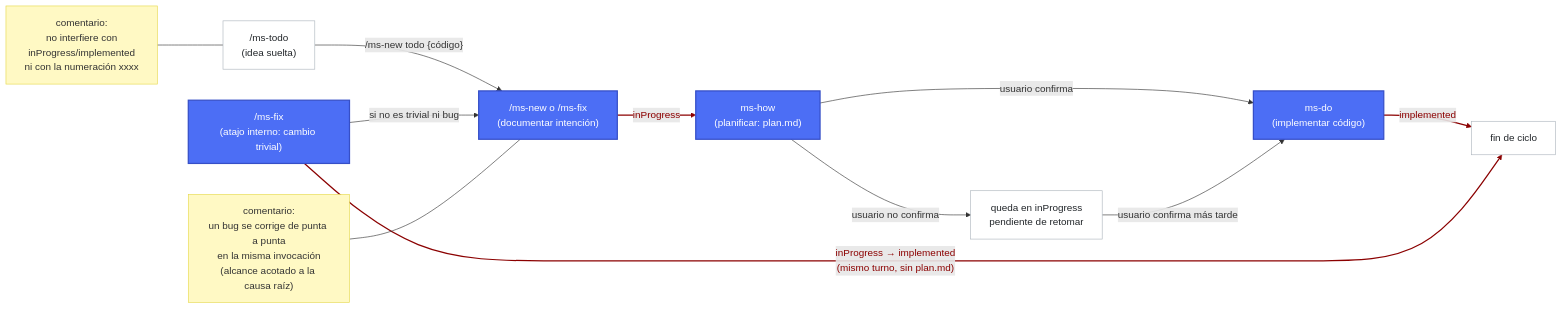
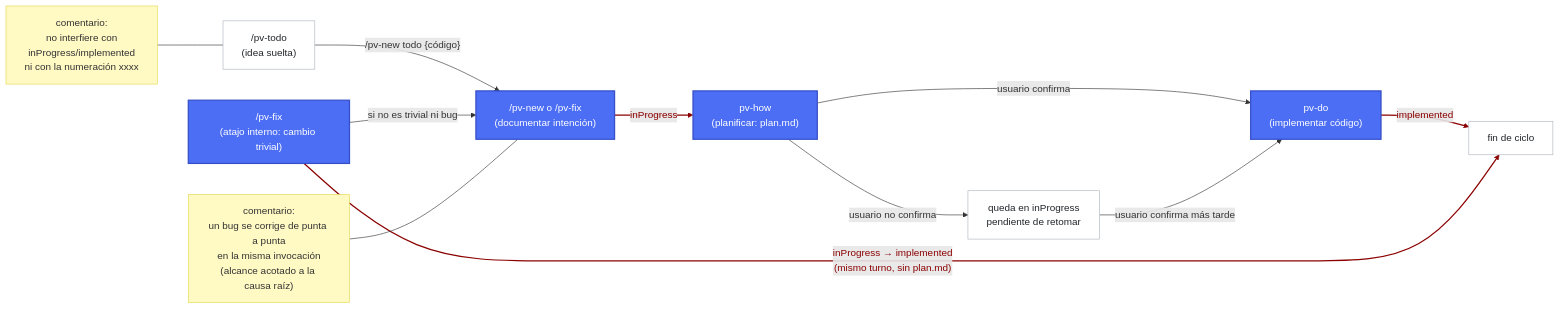
One commit to yeyopepe/previo changed the first of 2 diagrams in .claude/pv-guide.md. Above: the diagram before and after it, drawn with Mermaid. The commit also changed other lines of this file and 51 other files, not shown here.

````diff
--- a/.claude/pv-guide.md
+++ b/.claude/pv-guide.md
@@ -108,34 +105,34 @@
 ```mermaid
 flowchart LR
-    T["/ms-todo\n(idea suelta)"]
-    A["/ms-new o /ms-fix\n(documentar intención)"]
-    B["ms-how\n(planificar: plan.md)"]
-    C["ms-do\n(implementar código)"]
+    T["/pv-todo\n(idea suelta)"]
+    A["/pv-new o /pv-fix\n(documentar intención)"]
+    B["pv-how\n(planificar: plan.md)"]
+    C["pv-do\n(implementar código)"]
     F["queda en inProgress\npendiente de retomar"]
-    G["/ms-fix\n(atajo interno: cambio trivial)"]
+    G["/pv-fix\n(atajo interno: cambio trivial)"]
     H["fin de ciclo"]
 
-    T -->|"/ms-new todo {código}"| A
+    T -->|"/pv-new todo {código}"| A
     A -->|"inProgress"| B
     B -->|usuario confirma| C
     C -->|"implemented"| H
     B -->|usuario no confirma| F
     F -->|usuario confirma más tarde| C
     G -->|"inProgress → implemented\n(mismo turno, sin plan.md)"| H
     G -->|si no es trivial ni bug| A
 
     N1["comentario:\nno interfiere con\ninProgress/implemented\nni con la numeración xxxx"]
     N1 --- T
     N4["comentario:\nun bug se corrige de punta a punta\nen la misma invocación\n(alcance acotado a la causa raíz)"]
     N4 --- A
 
     class T,F,H opcional
     class A,B,C,G obligatorio
     class N1,N4 comentario
     classDef obligatorio fill:#4c6ef5,stroke:#364fc7,stroke-width:2px,color:#fff
     classDef opcional fill:#fff,stroke:#adb5bd,stroke-width:1px,color:#212529
     classDef comentario fill:#fff9c4,stroke:#e6d84a,stroke-width:1px,color:#333
     linkStyle 1 color:#8b0000,stroke:#8b0000,stroke-width:2px
     linkStyle 3 color:#8b0000,stroke:#8b0000,stroke-width:2px
     linkStyle 6 color:#8b0000,stroke:#8b0000,stroke-width:2px
 ```
````
